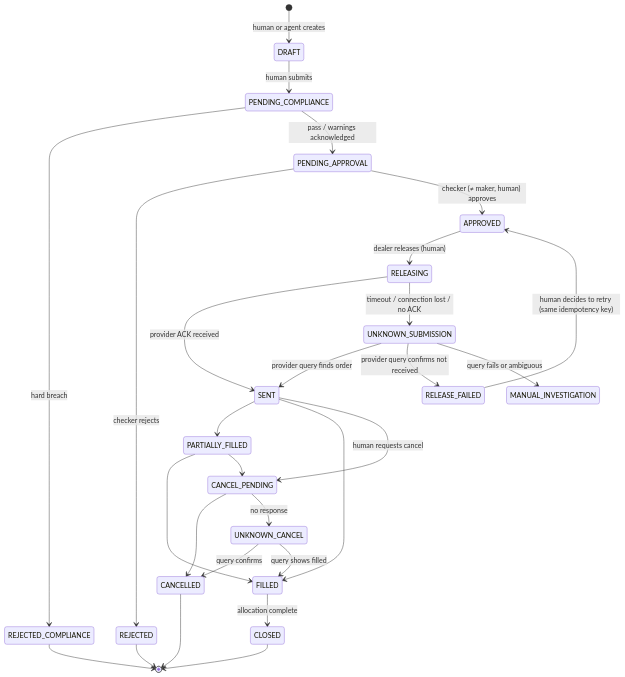
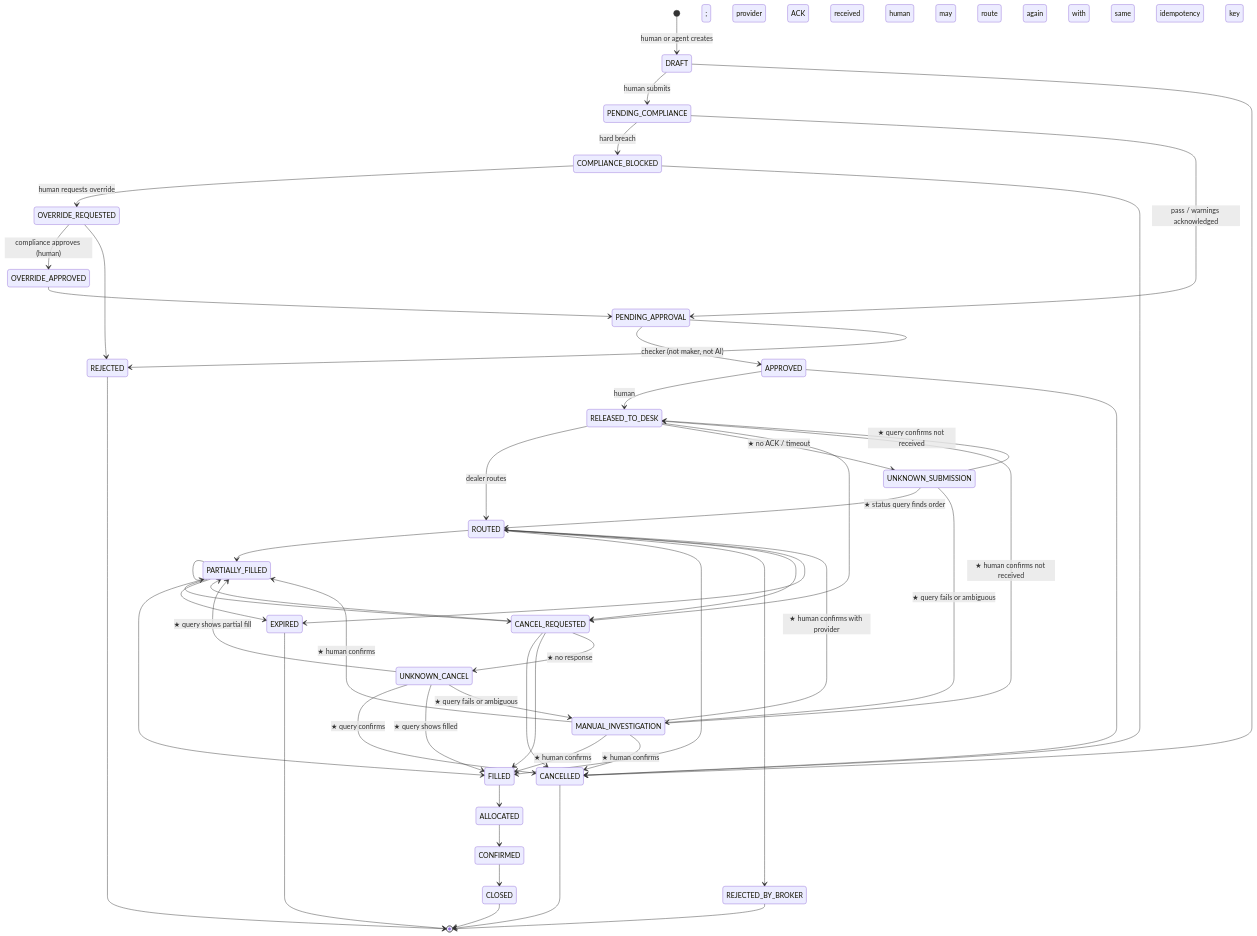
One commit to suchitdubey7/AMC-OS changed the diagram in docs/04_enterprise_architecture/EA-102_transaction_orchestration.md. Above: the diagram before and after it, drawn with Mermaid. The commit also changed other lines of this file and 24 other files, not shown here.

````diff
--- a/docs/04_enterprise_architecture/EA-102_transaction_orchestration.md
+++ b/docs/04_enterprise_architecture/EA-102_transaction_orchestration.md
@@ -26,30 +28,53 @@
 ```mermaid
 stateDiagram-v2
   [*] --> DRAFT: human or agent creates
   DRAFT --> PENDING_COMPLIANCE: human submits
-  PENDING_COMPLIANCE --> REJECTED_COMPLIANCE: hard breach
+  DRAFT --> CANCELLED
+  PENDING_COMPLIANCE --> COMPLIANCE_BLOCKED: hard breach
   PENDING_COMPLIANCE --> PENDING_APPROVAL: pass / warnings acknowledged
-  PENDING_APPROVAL --> REJECTED: checker rejects
-  PENDING_APPROVAL --> APPROVED: checker (≠ maker, human) approves
-  APPROVED --> RELEASING: dealer releases (human)
-  RELEASING --> SENT: provider ACK received
-  RELEASING --> UNKNOWN_SUBMISSION: timeout / connection lost / no ACK
-  UNKNOWN_SUBMISSION --> SENT: provider query finds order
-  UNKNOWN_SUBMISSION --> RELEASE_FAILED: provider query confirms not received
-  UNKNOWN_SUBMISSION --> MANUAL_INVESTIGATION: query fails or ambiguous
-  RELEASE_FAILED --> APPROVED: human decides to retry (same idempotency key)
-  SENT --> PARTIALLY_FILLED
-  SENT --> FILLED
-  SENT --> CANCEL_PENDING: human requests cancel
+  COMPLIANCE_BLOCKED --> OVERRIDE_REQUESTED: human requests override
+  COMPLIANCE_BLOCKED --> CANCELLED
+  OVERRIDE_REQUESTED --> OVERRIDE_APPROVED: compliance approves (human)
+  OVERRIDE_REQUESTED --> REJECTED
+  OVERRIDE_APPROVED --> PENDING_APPROVAL
+  PENDING_APPROVAL --> APPROVED: checker (not maker, not AI)
+  PENDING_APPROVAL --> REJECTED
+  APPROVED --> RELEASED_TO_DESK: human
+  APPROVED --> CANCELLED
+  RELEASED_TO_DESK --> ROUTED: dealer routes; provider ACK received
+  RELEASED_TO_DESK --> UNKNOWN_SUBMISSION: ★ no ACK / timeout
+  RELEASED_TO_DESK --> CANCEL_REQUESTED
+  UNKNOWN_SUBMISSION --> ROUTED: ★ status query finds order
+  UNKNOWN_SUBMISSION --> RELEASED_TO_DESK: ★ query confirms not received; human may route again with same idempotency key
+  UNKNOWN_SUBMISSION --> MANUAL_INVESTIGATION: ★ query fails or ambiguous
+  ROUTED --> PARTIALLY_FILLED
+  ROUTED --> FILLED
+  ROUTED --> REJECTED_BY_BROKER
+  ROUTED --> CANCEL_REQUESTED
+  ROUTED --> EXPIRED
+  PARTIALLY_FILLED --> PARTIALLY_FILLED
   PARTIALLY_FILLED --> FILLED
-  PARTIALLY_FILLED --> CANCEL_PENDING
-  CANCEL_PENDING --> CANCELLED
-  CANCEL_PENDING --> UNKNOWN_CANCEL: no response
-  UNKNOWN_CANCEL --> CANCELLED: query confirms
-  UNKNOWN_CANCEL --> FILLED: query shows filled
-  FILLED --> CLOSED: allocation complete
-  REJECTED_COMPLIANCE --> [*]
+  PARTIALLY_FILLED --> CANCEL_REQUESTED
+  PARTIALLY_FILLED --> EXPIRED
+  CANCEL_REQUESTED --> CANCELLED
+  CANCEL_REQUESTED --> PARTIALLY_FILLED
+  CANCEL_REQUESTED --> FILLED
+  CANCEL_REQUESTED --> UNKNOWN_CANCEL: ★ no response
+  UNKNOWN_CANCEL --> CANCELLED: ★ query confirms
+  UNKNOWN_CANCEL --> PARTIALLY_FILLED: ★ query shows partial fill
+  UNKNOWN_CANCEL --> FILLED: ★ query shows filled
+  UNKNOWN_CANCEL --> MANUAL_INVESTIGATION: ★ query fails or ambiguous
+  MANUAL_INVESTIGATION --> ROUTED: ★ human confirms with provider
+  MANUAL_INVESTIGATION --> RELEASED_TO_DESK: ★ human confirms not received
+  MANUAL_INVESTIGATION --> PARTIALLY_FILLED: ★ human confirms
+  MANUAL_INVESTIGATION --> FILLED: ★ human confirms
+  MANUAL_INVESTIGATION --> CANCELLED: ★ human confirms
+  FILLED --> ALLOCATED
+  ALLOCATED --> CONFIRMED
+  CONFIRMED --> CLOSED
+  CANCELLED --> [*]
   REJECTED --> [*]
-  CANCELLED --> [*]
+  REJECTED_BY_BROKER --> [*]
+  EXPIRED --> [*]
   CLOSED --> [*]
 ```
````
